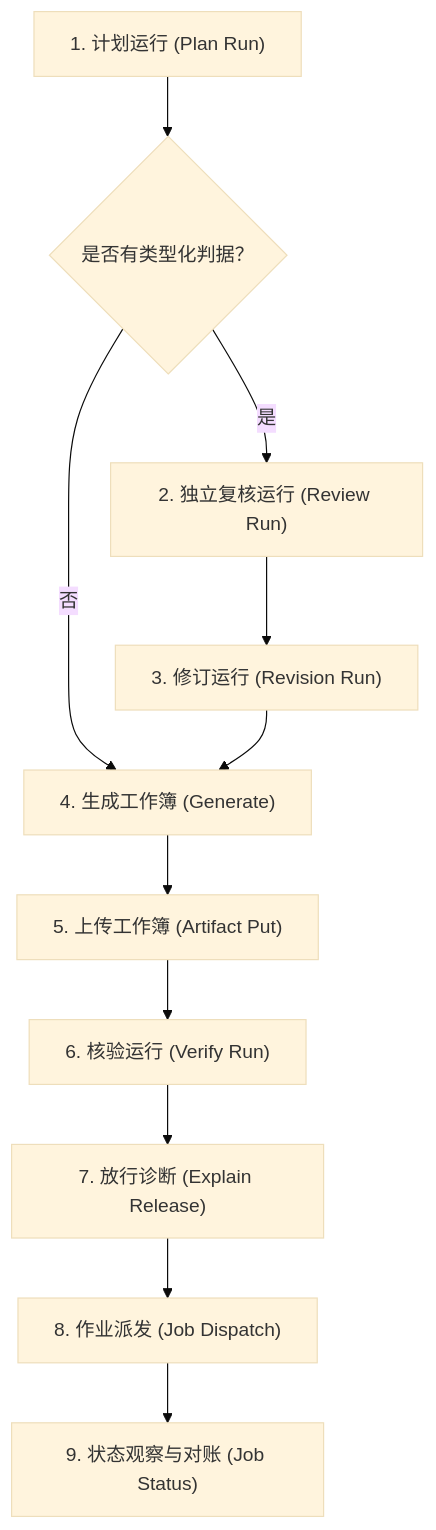
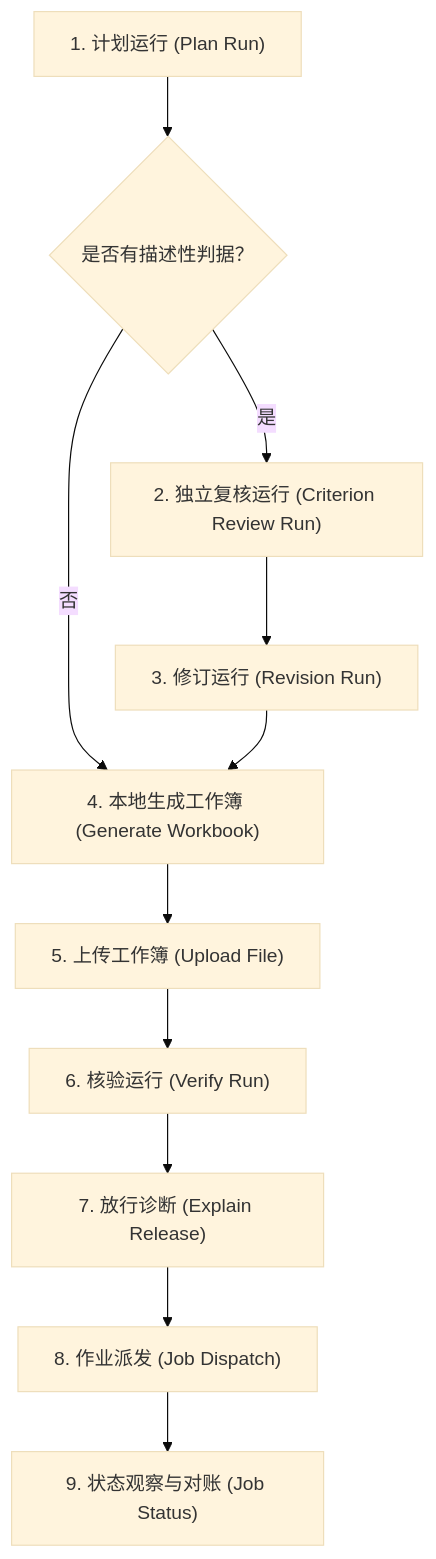
The diagram in docs/hub-r5-runbook-dispatch.md (circle-platforms/circle-hub), drawn with Mermaid (base theme) before and after one commit. The commit also changed other lines of this file, not shown here.

````diff
--- a/docs/hub-r5-runbook-dispatch.md
+++ b/docs/hub-r5-runbook-dispatch.md
@@ -220,13 +218,13 @@
 ```mermaid
 flowchart TD
-    A["1. 计划运行 (Plan Run)"] --> B{"是否有类型化判据？"}
-    B -- 是 --> C["2. 独立复核运行 (Review Run)"]
+    A["1. 计划运行 (Plan Run)"] --> B{"是否有描述性判据？"}
+    B -- 是 --> C["2. 独立复核运行 (Criterion Review Run)"]
     C --> D["3. 修订运行 (Revision Run)"]
-    B -- 否 --> E["4. 生成工作簿 (Generate)"]
+    B -- 否 --> E["4. 本地生成工作簿 (Generate Workbook)"]
     D --> E
-    E --> F["5. 上传工作簿 (Artifact Put)"]
+    E --> F["5. 上传工作簿 (Upload File)"]
     F --> G["6. 核验运行 (Verify Run)"]
     G --> H["7. 放行诊断 (Explain Release)"]
     H --> I["8. 作业派发 (Job Dispatch)"]
     I --> J["9. 状态观察与对账 (Job Status)"]
 ```
````
